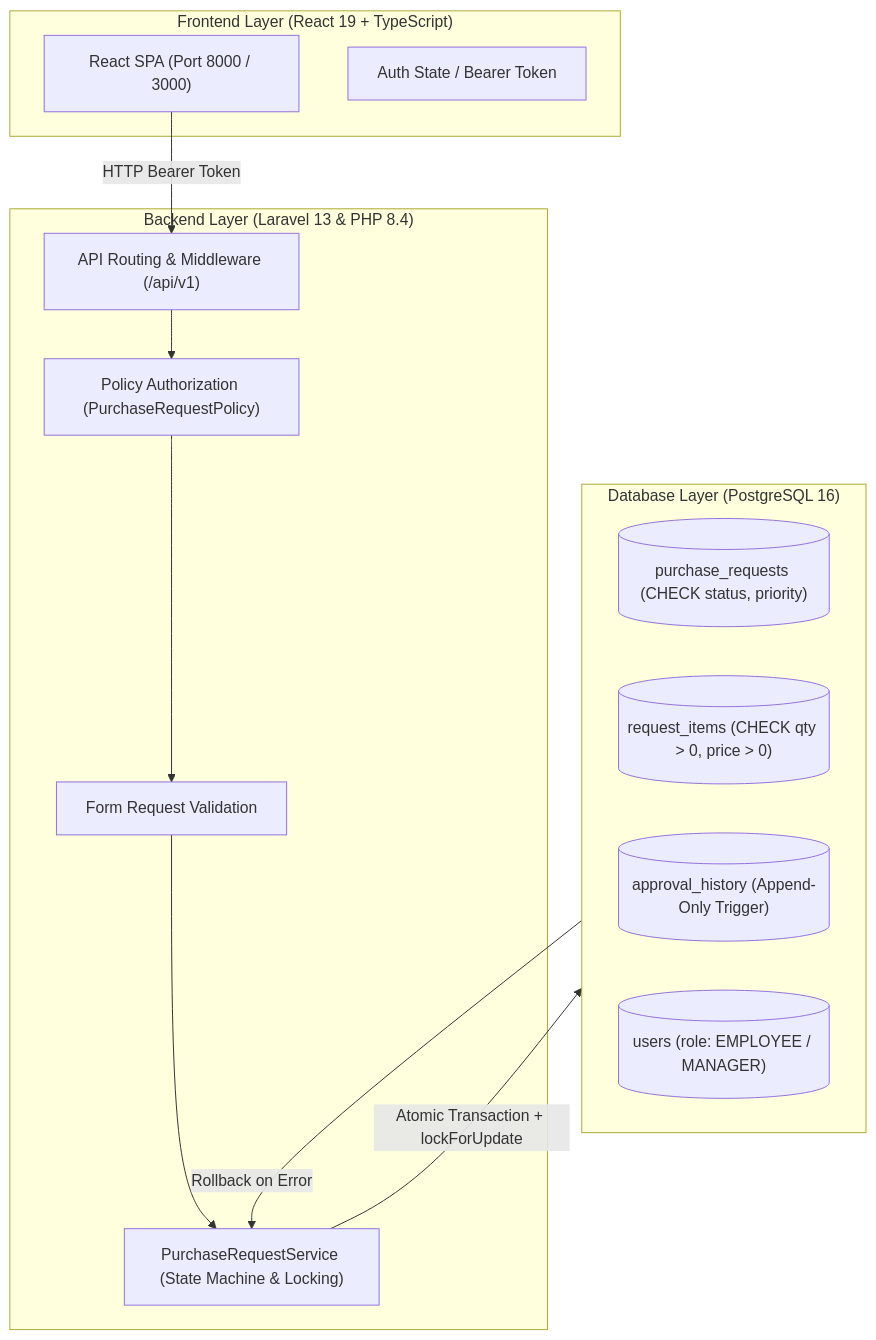
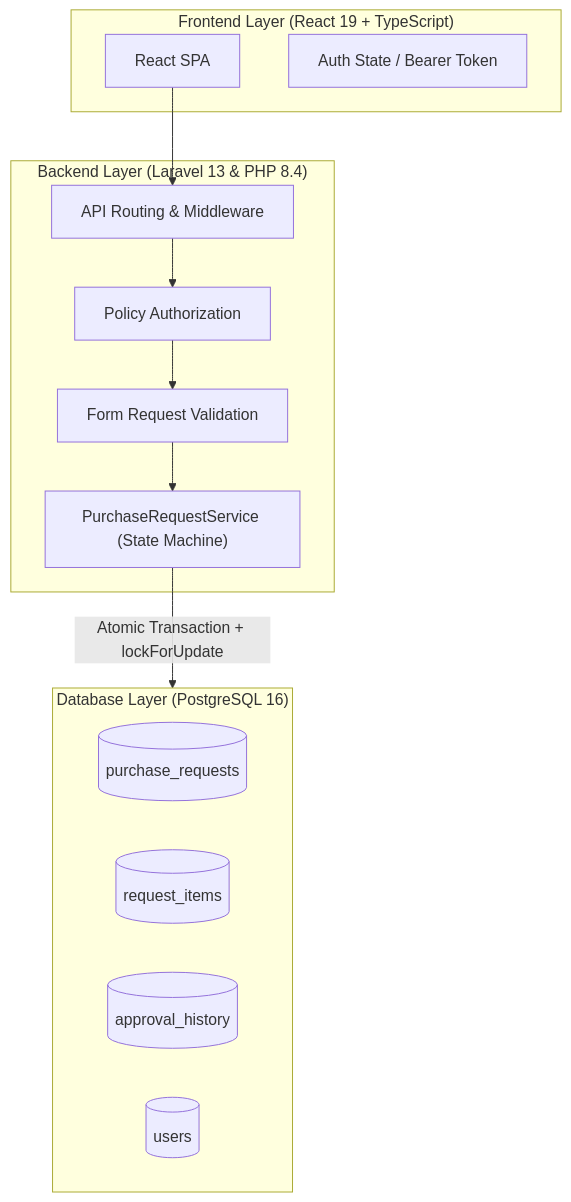
One commit to farhantock/nawakara-test changed the second of 5 diagrams in README.md. Above: the diagram before and after it, drawn with Mermaid. The commit also changed other lines of this file and 8 other files, not shown here.

Commit message:
chore: add architecture documentation and update docker and environment configurations

````diff
--- a/README.md
+++ b/README.md
@@ -21,28 +248,27 @@
 ```mermaid
-graph TD
+flowchart TD
     subgraph Client ["Frontend Layer (React 19 + TypeScript)"]
-        UI["React SPA (Port 8000 / 3000)"]
+        UI["React SPA"]
         TokenAuth["Auth State / Bearer Token"]
     end
 
     subgraph Server ["Backend Layer (Laravel 13 & PHP 8.4)"]
-        Router["API Routing & Middleware (/api/v1)"]
-        PolicySec["Policy Authorization (PurchaseRequestPolicy)"]
+        Router["API Routing & Middleware"]
+        PolicySec["Policy Authorization"]
         Validation["Form Request Validation"]
-        Service["PurchaseRequestService (State Machine & Locking)"]
+        Service["PurchaseRequestService (State Machine)"]
     end
 
     subgraph Database ["Database Layer (PostgreSQL 16)"]
-        PRTable[("purchase_requests (CHECK status, priority)")]
-        ItemTable[("request_items (CHECK qty > 0, price > 0)")]
-        HistoryTable[("approval_history (Append-Only Trigger)")]
-        UserTable[("users (role: EMPLOYEE / MANAGER)")]
+        PRTable[("purchase_requests")]
+        ItemTable[("request_items")]
+        HistoryTable[("approval_history")]
+        UserTable[("users")]
     end
 
-    UI -->|HTTP Bearer Token| Router
+    UI --> Router
     Router --> PolicySec
     PolicySec --> Validation
     Validation --> Service
     Service -->|Atomic Transaction + lockForUpdate| Database
-    Database -->|Rollback on Error| Service
 ```
````
